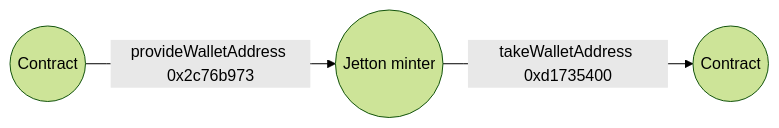
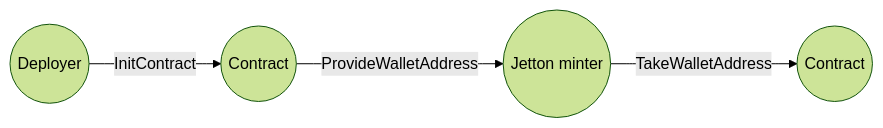
One commit to ton-org/docs changed the second of 2 diagrams in contract-dev/onchain-jetton-processing.mdx. Above: the diagram before and after it, drawn with Mermaid (forest theme). The commit also changed other lines of this file, not shown here.

````diff
--- a/contract-dev/onchain-jetton-processing.mdx
+++ b/contract-dev/onchain-jetton-processing.mdx
@@ -83,9 +97,11 @@
 ```mermaid
 graph LR
-A((Contract))
-B((Jetton minter))
-C((Contract))
+A((Deployer))
+B((Contract))
+C((Jetton minter))
+D((Contract))
 
-    A -->|provideWalletAddress 0x2c76b973| B
-    B -->|takeWalletAddress 0xd1735400| C
+    A -->|InitContract| B
+    B -->|ProvideWalletAddress| C
+    C -->|TakeWalletAddress| D
 ```
````
